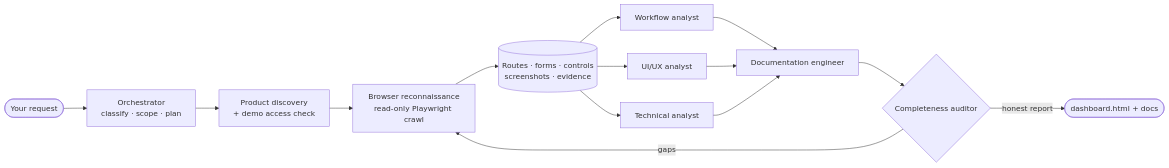
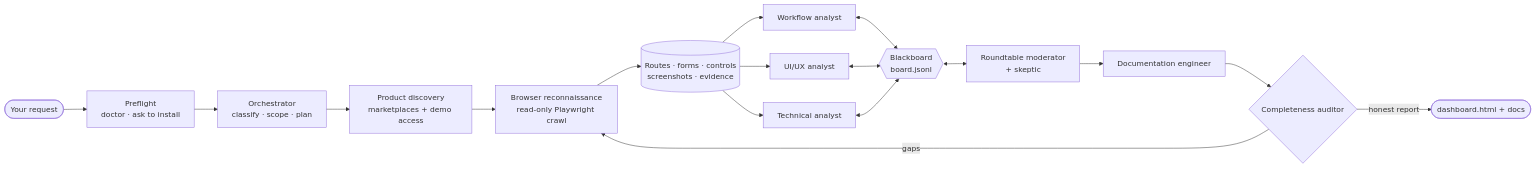
Before and after one commit to rahee554/webapplens: the diagram in README.md, drawn with Mermaid. The commit also changed other lines of this file and 97 other files, not shown here.

Commit message:
feat: v0.2.0 - plugin, precise scope, UI/stack/architecture/repo research, roundtable, discovery, delivery, updates

````diff
--- a/README.md
+++ b/README.md
@@ -90,14 +100,17 @@
 ```mermaid
 flowchart LR
-  U([Your request]) --> O[Orchestrator<br/>classify · scope · plan]
-  O --> D[Product discovery<br/>+ demo access check]
+  U([Your request]) --> P[Preflight<br/>doctor · ask to install]
+  P --> O[Orchestrator<br/>classify · scope · plan]
+  O --> D[Product discovery<br/>marketplaces + demo access]
   D --> B[Browser reconnaissance<br/>read-only Playwright crawl]
   B --> R[(Routes · forms · controls<br/>screenshots · evidence)]
   R --> W[Workflow analyst]
   R --> X[UI/UX analyst]
   R --> T[Technical analyst]
-  W & X & T --> G[Documentation engineer]
+  W & X & T <--> BB{{Blackboard<br/>board.jsonl}}
+  BB <--> RT[Roundtable moderator<br/>+ skeptic]
+  RT --> G[Documentation engineer]
   G --> A{Completeness auditor}
   A -- gaps --> B
   A -- honest report --> OUT([dashboard.html + docs])
 ```
````
